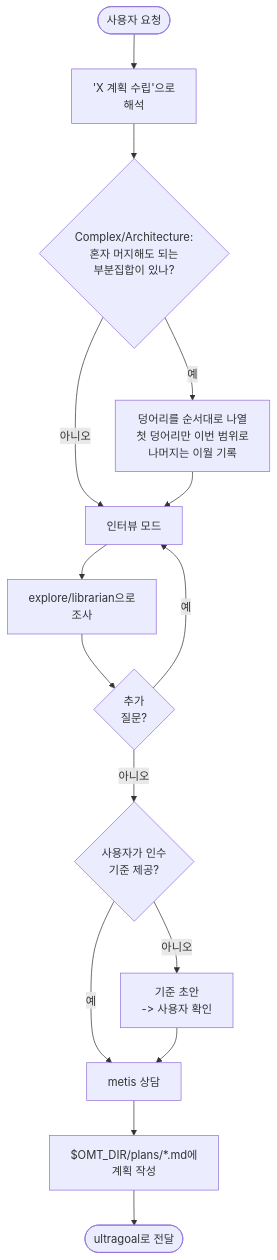
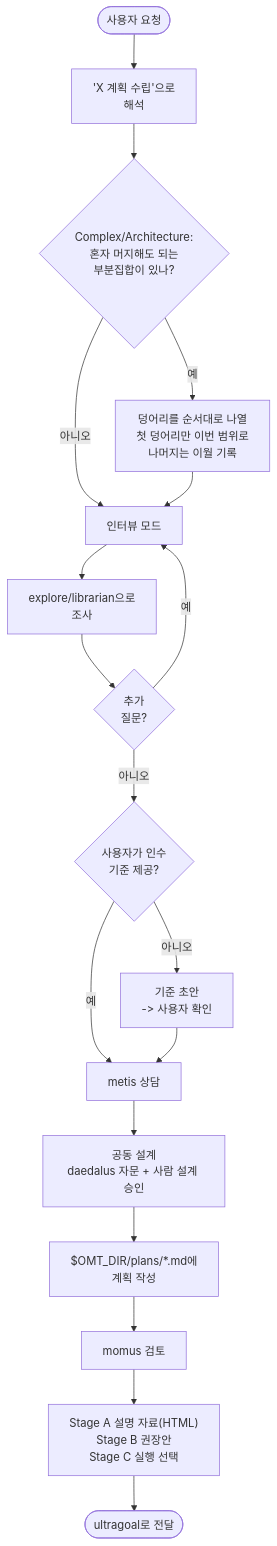
Before and after one commit to toongri/oh-my-toong-playground: the third of 4 diagrams in docs/skills/core-pipeline.md, drawn with Mermaid. The commit also changed other lines of this file and 4 other files, not shown here.

First line of the commit message:
docs: prometheus 파이프라인 설명에 Daedalus·Momus 반영

````diff
--- a/docs/skills/core-pipeline.md
+++ b/docs/skills/core-pipeline.md
@@ -128,17 +128,20 @@
 ```mermaid
 flowchart TB
     Start([사용자 요청]) --> Interpret["'X 계획 수립'으로<br/>해석"]
     Interpret --> Split{"Complex/Architecture:<br/>혼자 머지해도 되는<br/>부분집합이 있나?"}
     Split -->|아니오| Interview[인터뷰 모드]
     Split -->|예| Slice["덩어리를 순서대로 나열<br/>첫 덩어리만 이번 범위로<br/>나머지는 이월 기록"]
     Slice --> Interview
     Interview --> Research[explore/librarian으로<br/>조사]
     Research --> More{추가<br/>질문?}
     More -->|예| Interview
     More -->|아니오| Criteria{사용자가 인수<br/>기준 제공?}
     Criteria -->|예| Metis[metis 상담]
     Criteria -->|아니오| Draft[기준 초안<br/>-> 사용자 확인]
     Draft --> Metis
-    Metis --> Write["$OMT_DIR/plans/*.md에<br/>계획 작성"]
-    Write --> Handoff([ultragoal로 전달])
+    Metis --> CoDesign["공동 설계<br/>daedalus 자문 + 사람 설계 승인"]
+    CoDesign --> Write["$OMT_DIR/plans/*.md에<br/>계획 작성"]
+    Write --> Momus[momus 검토]
+    Momus --> Present["Stage A 설명 자료(HTML)<br/>Stage B 권장안<br/>Stage C 실행 선택"]
+    Present --> Handoff([ultragoal로 전달])
 ```
````
